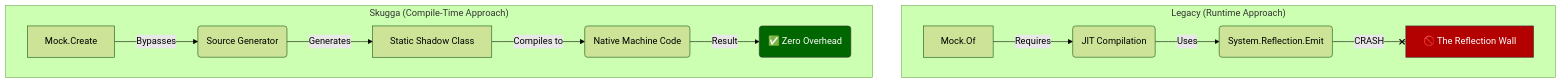
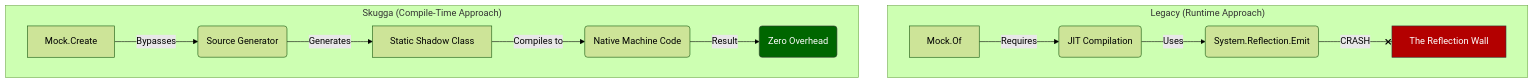
One commit to Digvijay/Skugga changed the first of 2 diagrams in README.md. Above: the diagram before and after it, drawn with Mermaid (forest theme). The commit also changed other lines of this file and 45 other files, not shown here.

`````diff
--- a/README.md
+++ b/README.md
@@ -31,18 +31,18 @@
 ```mermaid
 graph TB
     subgraph "Legacy (Runtime Approach)"
         A1[Mock.Of<T>] -->|Requires| B1(JIT Compilation)
         B1 -->|Uses| C1(System.Reflection.Emit)
-        C1 --x|CRASH| D1[🚫 The Reflection Wall]
+        C1 --x|CRASH| D1[The Reflection Wall]
     end
 
     subgraph "Skugga (Compile-Time Approach)"
         A2[Mock.Create<T>] -->|Bypasses| B2(Source Generator)
         B2 -->|Generates| C2[Static Shadow Class]
         C2 -->|Compiles to| D2(Native Machine Code)
-        D2 -->|Result| E2(✅ Zero Overhead)
+        D2 -->|Result| E2(Zero Overhead)
     end
 
     style D1 fill:#b30000,stroke:#333,color:#fff
     style E2 fill:#006600,stroke:#333,color:#fff
 ````
`````
